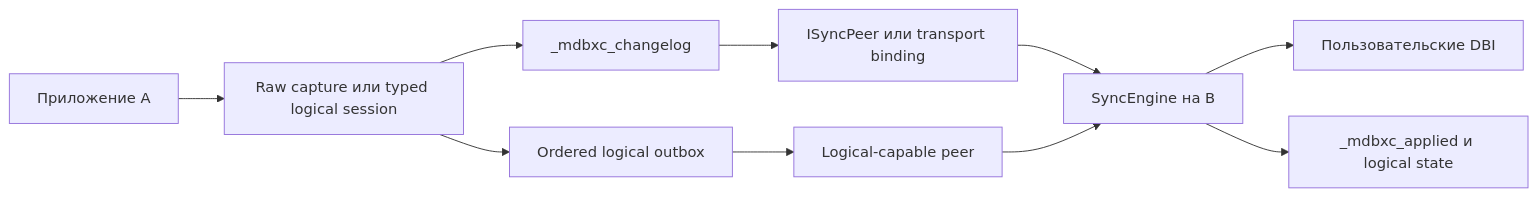
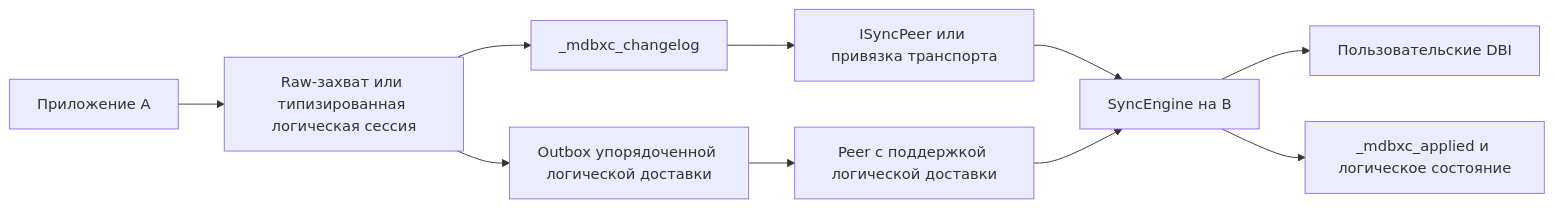
Before and after one commit to LimiNode/mdbx-containers: the first of 2 diagrams in docs/sync-RU.md, drawn with Mermaid. The commit also changed other lines of this file and 8 other files, not shown here.

````diff
--- a/docs/sync-RU.md
+++ b/docs/sync-RU.md
@@ -50,12 +50,12 @@
 ```mermaid
 flowchart LR
-    AppA[Приложение A] --> Capture[Raw capture или typed logical session]
+    AppA[Приложение A] --> Capture[Raw-захват или типизированная логическая сессия]
     Capture --> RawLog[_mdbxc_changelog]
-    Capture --> Outbox[Ordered logical outbox]
-    RawLog --> Peer[ISyncPeer или transport binding]
-    Outbox --> LogicalTransport[Logical-capable peer]
+    Capture --> Outbox[Outbox упорядоченной логической доставки]
+    RawLog --> Peer[ISyncPeer или привязка транспорта]
+    Outbox --> LogicalTransport[Peer с поддержкой логической доставки]
     Peer --> EngineB[SyncEngine на B]
     LogicalTransport --> EngineB
     EngineB --> UserDb[Пользовательские DBI]
-    EngineB --> State[_mdbxc_applied и logical state]
+    EngineB --> State[_mdbxc_applied и логическое состояние]
 ```
````
